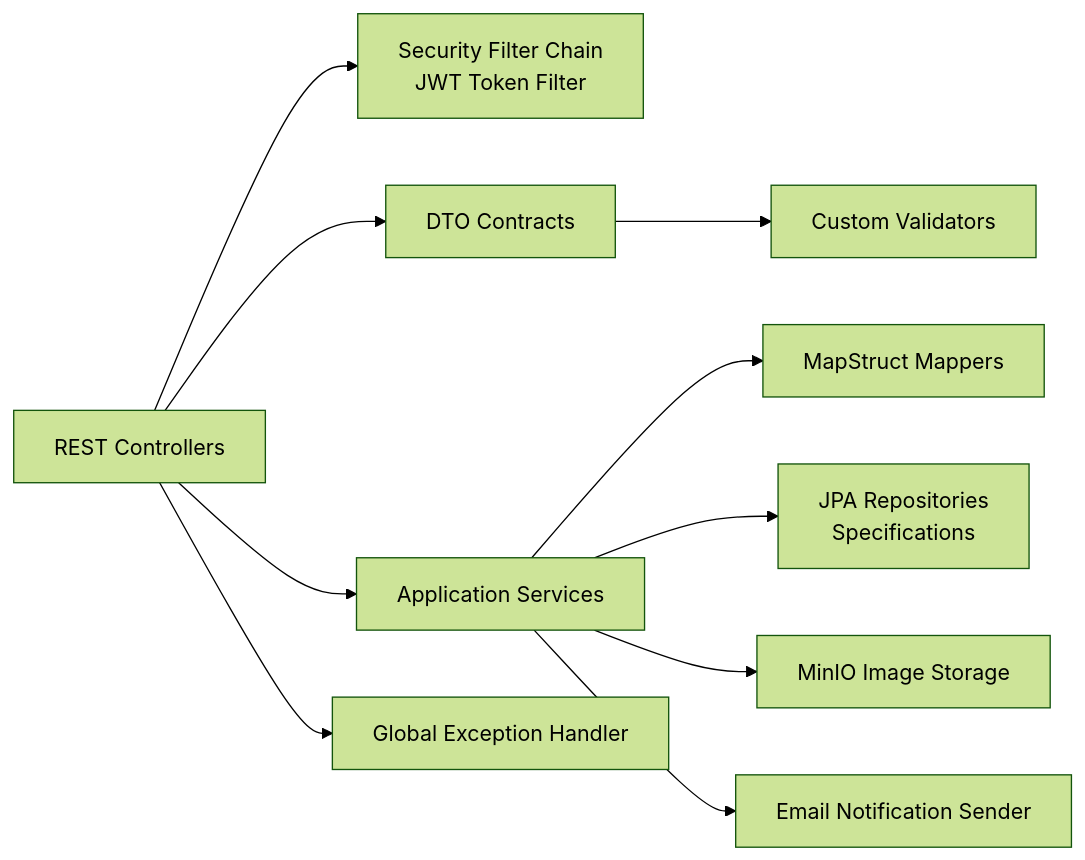
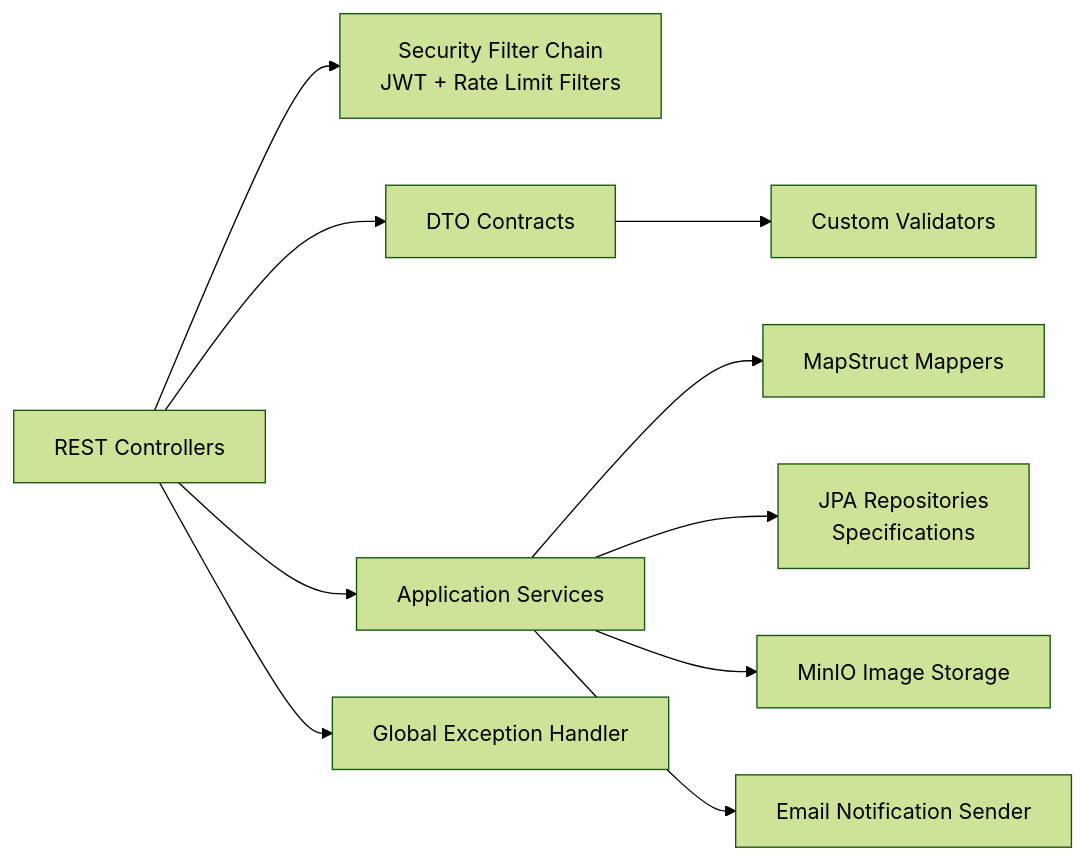
The third of 6 diagrams in docs/ARCHITECTURE.md (Team-4185/phone-shop), drawn with Mermaid (forest theme) before and after one commit. The commit also changed other lines of this file and 3 other files, not shown here.

````diff
--- a/docs/ARCHITECTURE.md
+++ b/docs/ARCHITECTURE.md
@@ -56,23 +56,23 @@
 ```mermaid
 flowchart LR
     Controllers[REST Controllers]
-    Security[Security Filter Chain<br/>JWT Token Filter]
+    Security[Security Filter Chain<br/>JWT + Rate Limit Filters]
     DTOs[DTO Contracts]
     Validators[Custom Validators]
     Services[Application Services]
     Mappers[MapStruct Mappers]
     Repositories[JPA Repositories<br/>Specifications]
     Storage[MinIO Image Storage]
     Notifications[Email Notification Sender]
     ErrorHandling[Global Exception Handler]
 
     Controllers --> Security
     Controllers --> DTOs
     Controllers --> Services
     Controllers --> ErrorHandling
     DTOs --> Validators
     Services --> Mappers
     Services --> Repositories
     Services --> Storage
     Services --> Notifications
 ```
````
